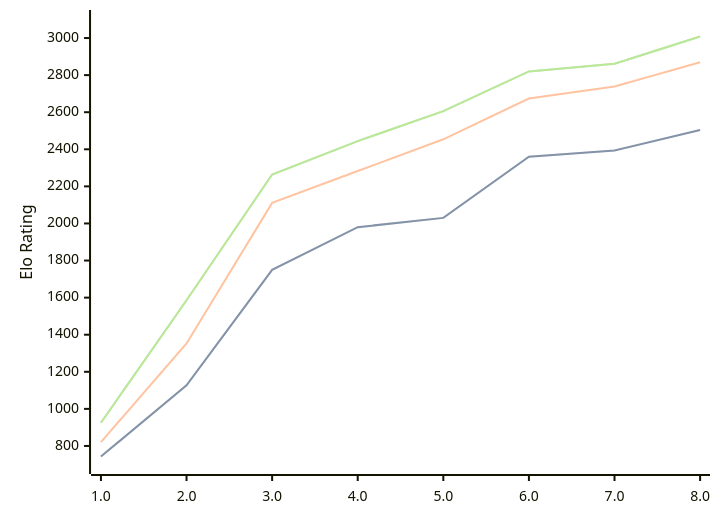
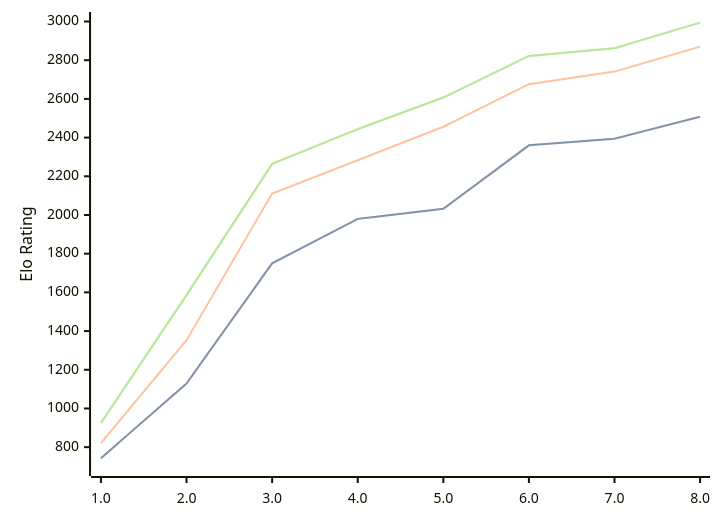
Before and after one commit to computer-chess-index/cci: the diagram in engines/Pea.md, drawn with Mermaid. The commit also changed other lines of this file, not shown here.

Commit message:
Update CCI Ratings (ELO VLTC) - 2026-05-06

````diff
--- a/engines/Pea.md
+++ b/engines/Pea.md
@@ -38,11 +38,11 @@
 ```mermaid
 %%{init: {"theme":"base","themeVariables":{"seriesColors:['#a3a3a3','#222221','#faa371']}}}%%
 xychart-beta
   x-axis ["1.0", "2.0", "3.0", "4.0", "5.0", "6.0", "7.0", "8.0"]
-  y-axis "Elo Rating" 700 --> 3100
-  line "STC (8.0+0.08s)" [743, 1127, 1750, 1980, 2030, 2360, 2394, 2504]
-  line "STC (8.0+0.08s)" [743, 1127, 1750, 1980, 2030, 2360, 2394, 2504]
-  line "LTC (60.0+0.60s)" [821, 1353, 2111, 2283, 2454, 2674, 2739, 2869]
-  line "VLTC (2m24s+1.12s)" [925, 1586, 2264, 2444, 2606, 2820, 2861, 3008]
-  line "VLTC (2m24s+1.12s)" [925, 1586, 2264, 2444, 2606, 2820, 2861, 3008]
+  y-axis "Elo Rating" 700 --> 3000
+  line "STC (8.0+0.08s)" [743, 1129, 1750, 1980, 2032, 2360, 2394, 2508]
+  line "STC (8.0+0.08s)" [743, 1129, 1750, 1980, 2032, 2360, 2394, 2508]
+  line "LTC (60.0+0.60s)" [821, 1353, 2111, 2283, 2456, 2676, 2741, 2870]
+  line "VLTC (2m24s+1.12s)" [925, 1586, 2264, 2444, 2607, 2822, 2862, 2994]
+  line "VLTC (2m24s+1.12s)" [925, 1586, 2264, 2444, 2607, 2822, 2862, 2994]
 ```
````
